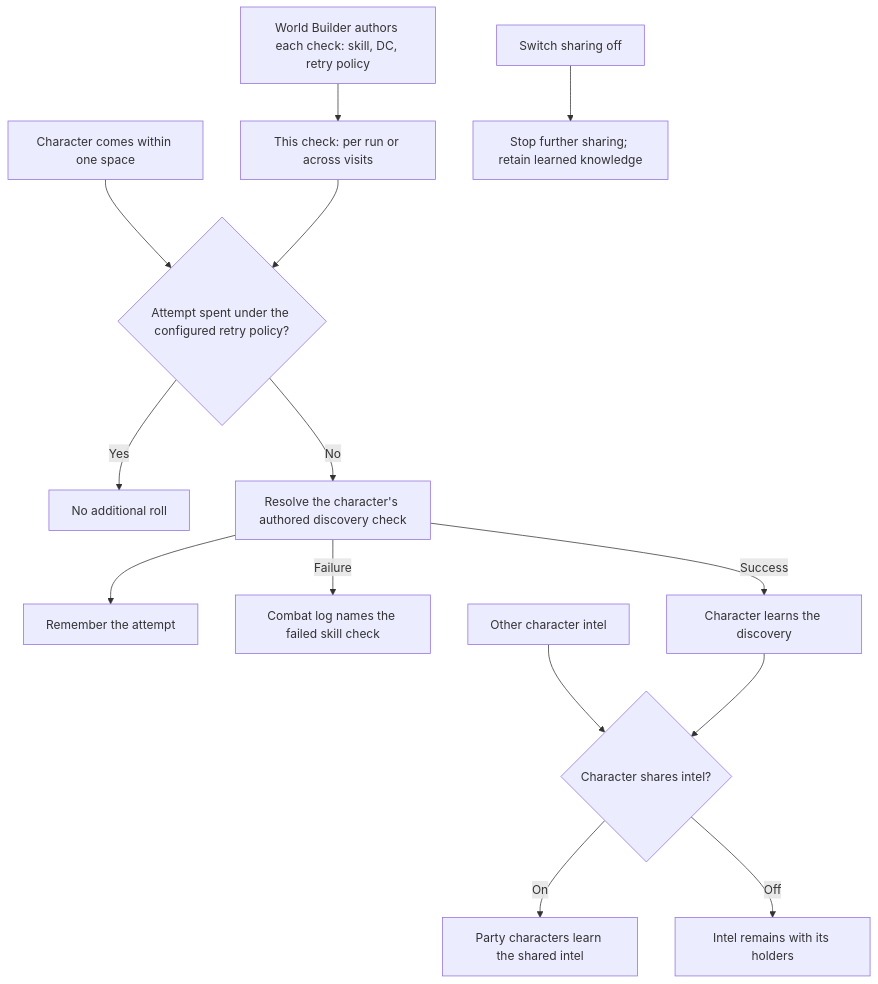
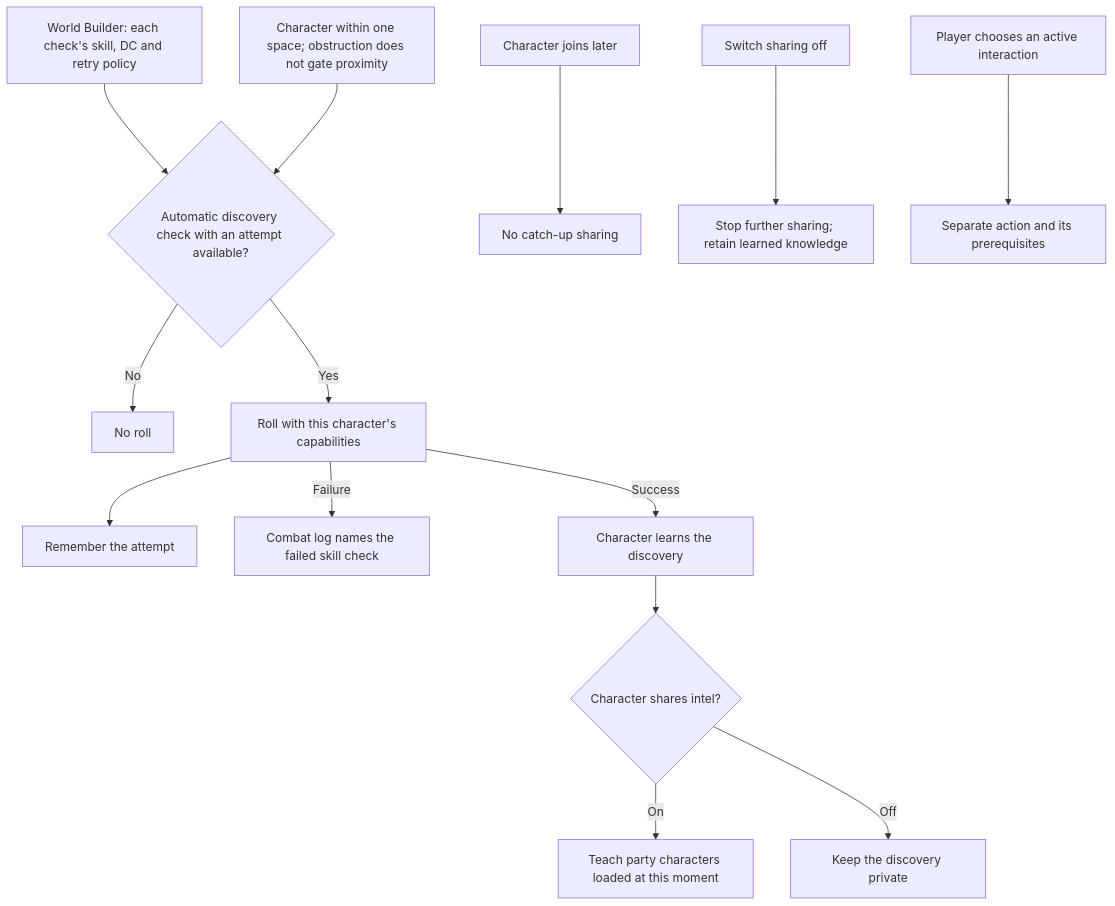
Before and after one commit to KirkDiggler/rpg-project: the diagram in ideas/proximity-intel/design.md, drawn with Mermaid. The commit also changed other lines of this file, not shown here.

First line of the commit message:
docs: distinguish automatic discovery from active checks

````diff
--- a/ideas/proximity-intel/design.md
+++ b/ideas/proximity-intel/design.md
@@ -5,16 +5,16 @@
 ```mermaid
 flowchart TD
-    Near[Character comes within one space] --> Tried{Attempt spent under the configured retry policy?}
-    Builder[World Builder authors each check: skill, DC, retry policy] --> Policy[This check: per run or across visits]
-    Policy --> Tried
-    Tried -->|Yes| NoRoll[No additional roll]
-    Tried -->|No| Check[Resolve the character's authored discovery check]
+    Builder[World Builder: each check's skill, DC and retry policy] --> Eligible
+    Near[Character within one space; obstruction does not gate proximity] --> Eligible{Automatic discovery check with an attempt available?}
+    Eligible -->|No| NoRoll[No roll]
+    Eligible -->|Yes| Check[Roll with this character's capabilities]
     Check --> Attempt[Remember the attempt]
     Check -->|Failure| Log[Combat log names the failed skill check]
     Check -->|Success| Learn[Character learns the discovery]
-    Other[Other character intel] --> Sharing{Character shares intel?}
-    Learn --> Sharing
-    Sharing -->|On| Party[Party characters learn the shared intel]
-    Sharing -->|Off| Private[Intel remains with its holders]
+    Learn --> Sharing{Character shares intel?}
+    Sharing -->|On| Party[Teach party characters loaded at this moment]
+    Sharing -->|Off| Private[Keep the discovery private]
+    Later[Character joins later] --> NoCatchup[No catch-up sharing]
     Off[Switch sharing off] --> Stop[Stop further sharing; retain learned knowledge]
+    Intent[Player chooses an active interaction] --> Active[Separate action and its prerequisites]
 ```
````
